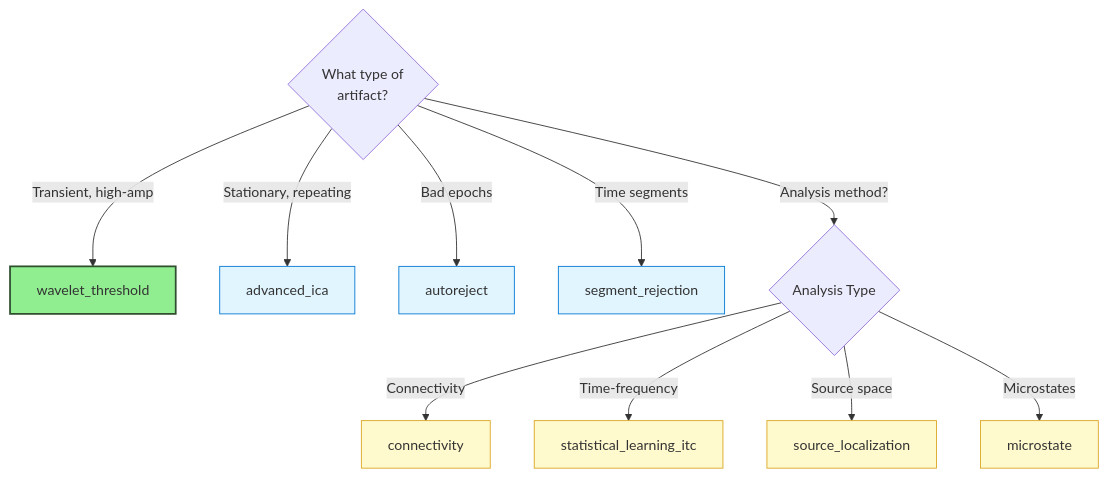
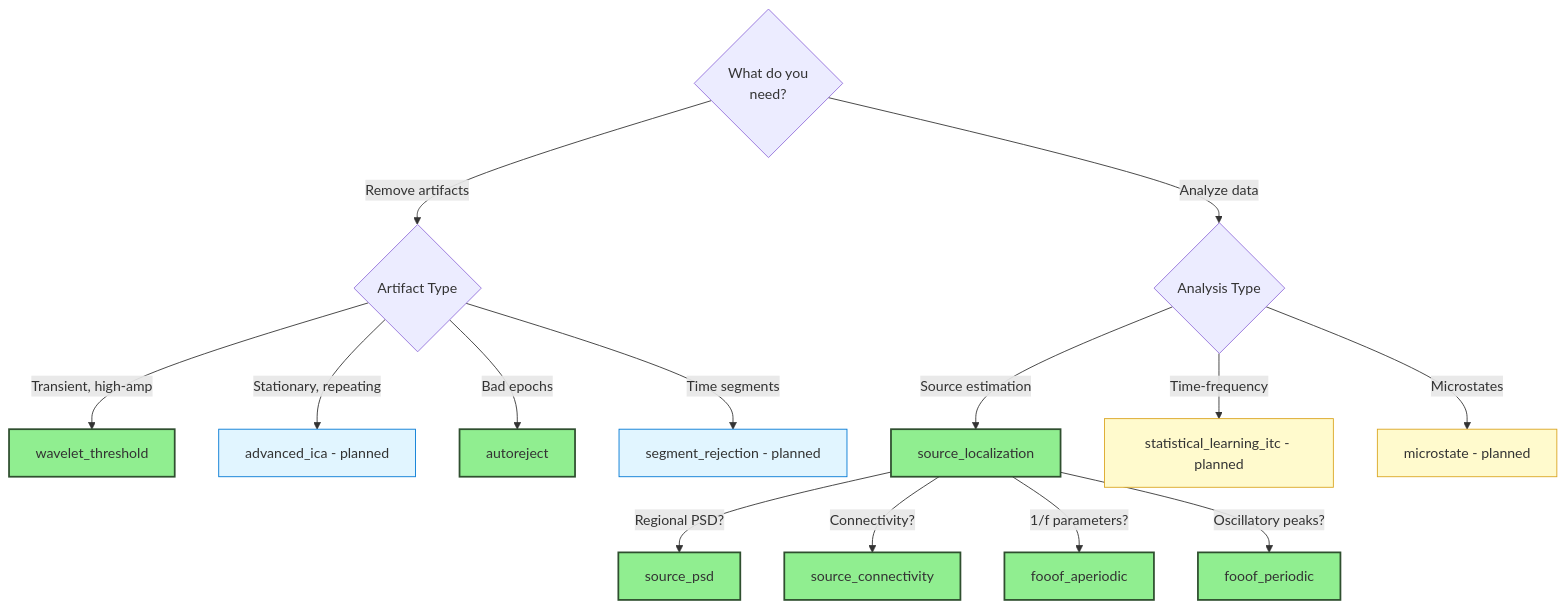
One commit to cincibrainlab/autocleaneeg_docs changed the diagram in processing-blocks/available-blocks.mdx. Above: the diagram before and after it, drawn with Mermaid. The commit also changed other lines of this file, not shown here.

First line of the commit message:
docs: add comprehensive analysis blocks documentation

````diff
--- a/processing-blocks/available-blocks.mdx
+++ b/processing-blocks/available-blocks.mdx
@@ -389,25 +630,33 @@
 ```mermaid
 graph TD
-    Start{What type of<br/>artifact?}
+    Start{What do you<br/>need?}
 
-    Start -->|Transient, high-amp| Wavelet[wavelet_threshold]
-    Start -->|Stationary, repeating| ICA[advanced_ica]
-    Start -->|Bad epochs| AutoReject[autoreject]
-    Start -->|Time segments| Segment[segment_rejection]
+    Start -->|Remove artifacts| Artifact{Artifact Type}
+    Start -->|Analyze data| Analysis{Analysis Type}
 
-    Start -->|Analysis method?| Analysis{Analysis Type}
+    Artifact -->|Transient, high-amp| Wavelet[wavelet_threshold]
+    Artifact -->|Stationary, repeating| ICA[advanced_ica - planned]
+    Artifact -->|Bad epochs| AutoReject[autoreject]
+    Artifact -->|Time segments| Segment[segment_rejection - planned]
 
-    Analysis -->|Connectivity| Conn[connectivity]
-    Analysis -->|Time-frequency| ITCE[statistical_learning_itc]
-    Analysis -->|Source space| Source[source_localization]
-    Analysis -->|Microstates| Micro[microstate]
+    Analysis -->|Source estimation| SourceLoc[source_localization]
+    SourceLoc -->|Regional PSD?| SourcePSD[source_psd]
+    SourceLoc -->|Connectivity?| SourceConn[source_connectivity]
+    SourceLoc -->|1/f parameters?| FOOOF_A[fooof_aperiodic]
+    SourceLoc -->|Oscillatory peaks?| FOOOF_P[fooof_periodic]
+
+    Analysis -->|Time-frequency| ITC[statistical_learning_itc - planned]
+    Analysis -->|Microstates| Micro[microstate - planned]
 
     style Wavelet fill:#90EE90,stroke:#2F4F2F,stroke-width:2px
+    style AutoReject fill:#90EE90,stroke:#2F4F2F,stroke-width:2px
+    style SourceLoc fill:#90EE90,stroke:#2F4F2F,stroke-width:2px
+    style SourcePSD fill:#90EE90,stroke:#2F4F2F,stroke-width:2px
+    style SourceConn fill:#90EE90,stroke:#2F4F2F,stroke-width:2px
+    style FOOOF_A fill:#90EE90,stroke:#2F4F2F,stroke-width:2px
+    style FOOOF_P fill:#90EE90,stroke:#2F4F2F,stroke-width:2px
     style ICA fill:#e1f5ff,stroke:#0078d4
-    style AutoReject fill:#e1f5ff,stroke:#0078d4
     style Segment fill:#e1f5ff,stroke:#0078d4
-    style Conn fill:#fffacd,stroke:#daa520
-    style ITCE fill:#fffacd,stroke:#daa520
-    style Source fill:#fffacd,stroke:#daa520
+    style ITC fill:#fffacd,stroke:#daa520
     style Micro fill:#fffacd,stroke:#daa520
 ```
````
